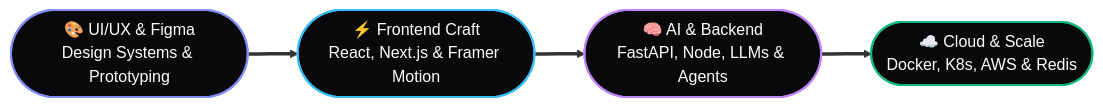
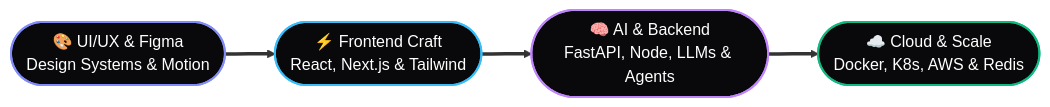
Before and after one commit to navaniarts007/navaniarts007: the diagram in README.md, drawn with Mermaid. The commit also changed other lines of this file, not shown here.

````diff
--- a/README.md
+++ b/README.md
@@ -137,11 +134,11 @@
 ```mermaid
 flowchart LR
-    A(["🎨 UI/UX & Figma\nDesign Systems & Prototyping"]) ==> B(["⚡ Frontend Craft\nReact, Next.js & Framer Motion"])
+    A(["🎨 UI/UX & Figma\nDesign Systems & Motion"]) ==> B(["⚡ Frontend Craft\nReact, Next.js & Tailwind"])
     B ==> C(["🧠 AI & Backend\nFastAPI, Node, LLMs & Agents"])
     C ==> D(["☁️ Cloud & Scale\nDocker, K8s, AWS & Redis"])
 
     style A fill:#09090b,stroke:#818cf8,stroke-width:2px,color:#fff
     style B fill:#09090b,stroke:#38bdf8,stroke-width:2px,color:#fff
     style C fill:#09090b,stroke:#c084fc,stroke-width:2px,color:#fff
     style D fill:#09090b,stroke:#10b981,stroke-width:2px,color:#fff
 ```
````
